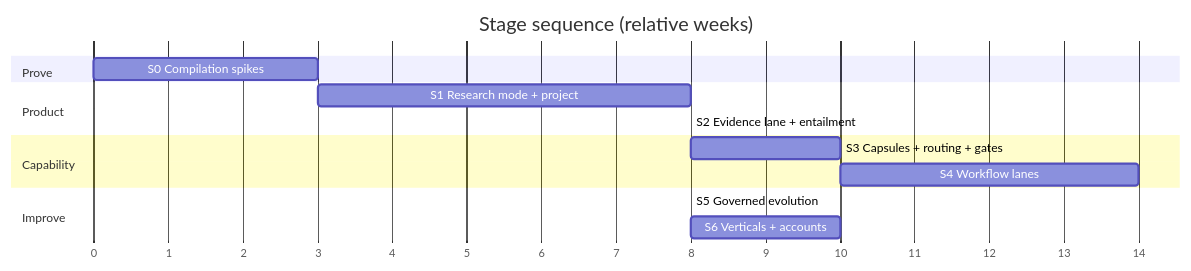
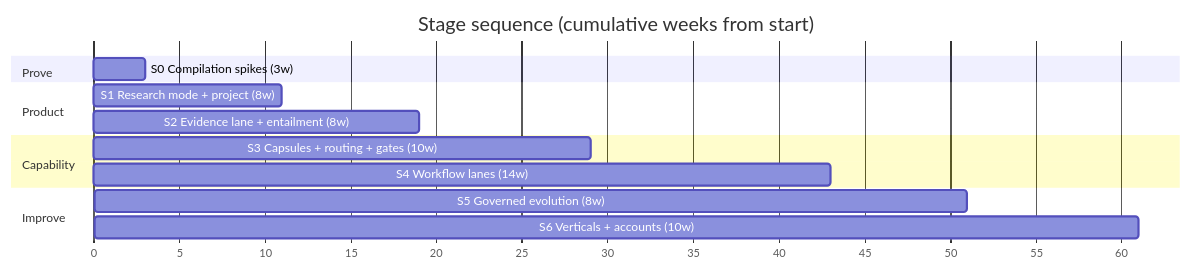
The diagram in docs/analysis/ai4rnd-jiuwenswarm/09-implementation-plan.md (suraj-subrahmanyan/jiuwenswarm), drawn with Mermaid before and after one commit. The commit also changed other lines of this file and 30 other files, not shown here.

````diff
--- a/docs/analysis/ai4rnd-jiuwenswarm/09-implementation-plan.md
+++ b/docs/analysis/ai4rnd-jiuwenswarm/09-implementation-plan.md
@@ -8,17 +8,17 @@
 ```mermaid
 gantt
     dateFormat X
     axisFormat %s
-    title Stage sequence (relative weeks)
+    title Stage sequence (cumulative weeks from start)
     section Prove
-    S0 Compilation spikes            :s0, 0, 3
+    S0 Compilation spikes (3w)       :s0, 0, 3
     section Product
-    S1 Research mode + project       :s1, after s0, 8
-    S2 Evidence lane + entailment    :s2, after s1, 8
+    S1 Research mode + project (8w)  :s1, 3, 11
+    S2 Evidence lane + entailment (8w) :s2, 11, 19
     section Capability
-    S3 Capsules + routing + gates    :s3, after s2, 10
-    S4 Workflow lanes                :s4, after s3, 14
+    S3 Capsules + routing + gates (10w) :s3, 19, 29
+    S4 Workflow lanes (14w)          :s4, 29, 43
     section Improve
-    S5 Governed evolution            :s5, after s4, 8
-    S6 Verticals + accounts          :s6, after s5, 10
+    S5 Governed evolution (8w)       :s5, 43, 51
+    S6 Verticals + accounts (10w)    :s6, 51, 61
 ```
````
